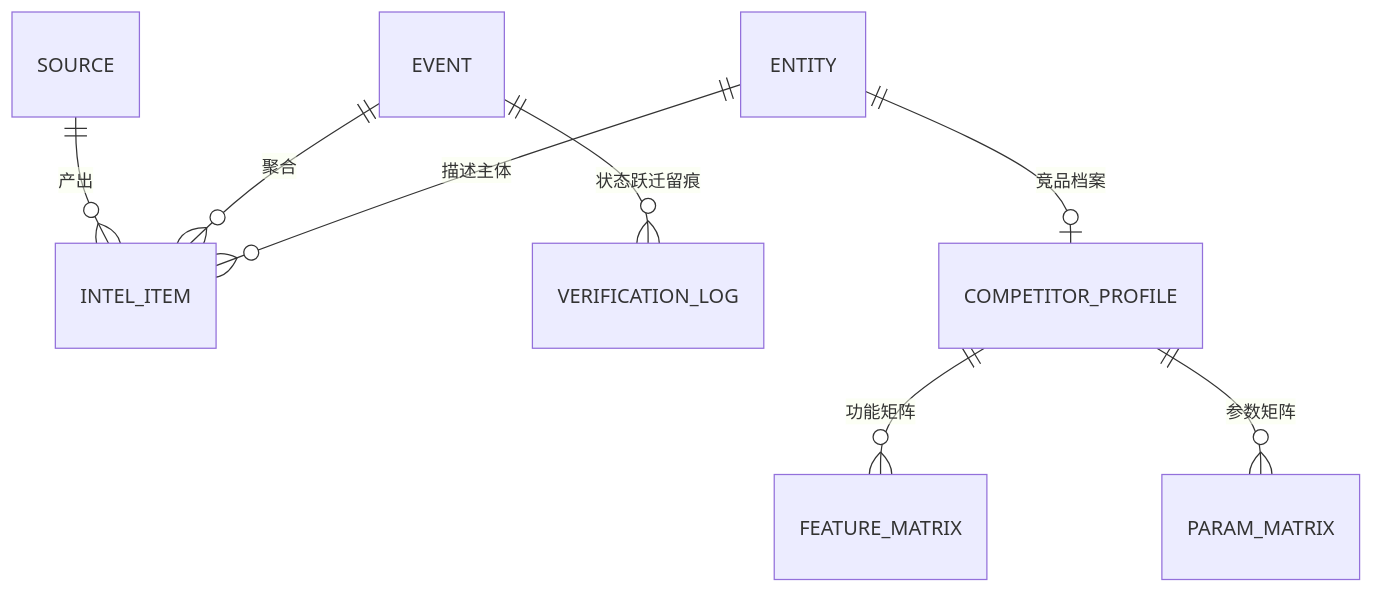
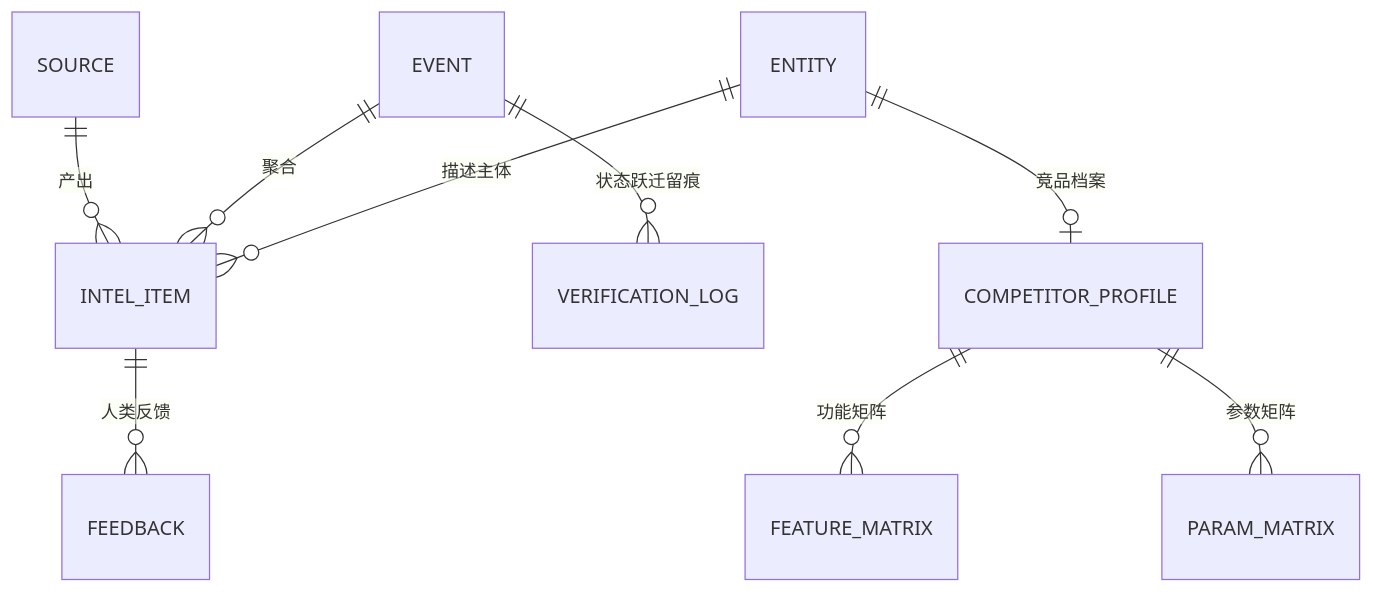
Before and after one commit to leoricmaster/pih: the sixth of 7 diagrams in docs/Architecture.md, drawn with Mermaid. The commit also changed other lines of this file and 25 other files, not shown here.

````diff
--- a/docs/Architecture.md
+++ b/docs/Architecture.md
@@ -264,10 +264,11 @@
 ```mermaid
 erDiagram
     SOURCE ||--o{ INTEL_ITEM : "产出"
     EVENT ||--o{ INTEL_ITEM : "聚合"
     ENTITY ||--o{ INTEL_ITEM : "描述主体"
     EVENT ||--o{ VERIFICATION_LOG : "状态跃迁留痕"
     ENTITY ||--o| COMPETITOR_PROFILE : "竞品档案"
     COMPETITOR_PROFILE ||--o{ FEATURE_MATRIX : "功能矩阵"
     COMPETITOR_PROFILE ||--o{ PARAM_MATRIX : "参数矩阵"
+    INTEL_ITEM ||--o{ FEEDBACK : "人类反馈"
 ```
````
